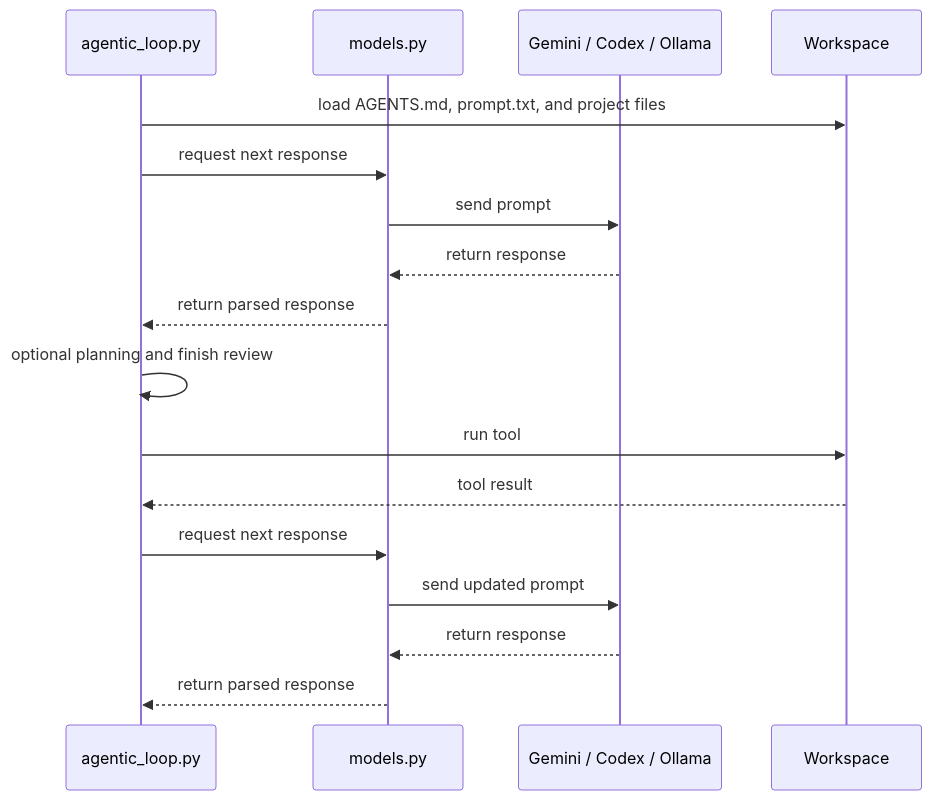
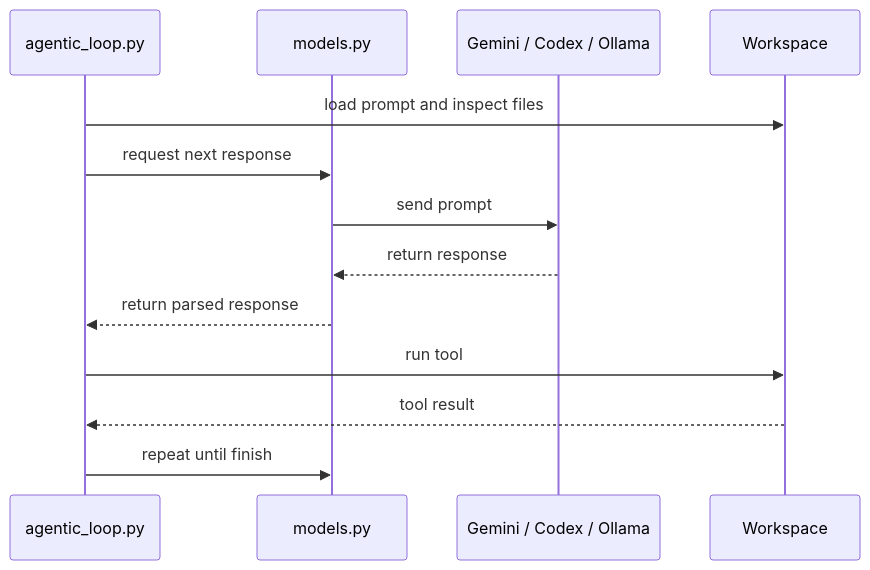
The second of 4 diagrams in README.md (mtov/minixx), drawn with Mermaid before and after one commit. The commit also changed other lines of this file, not shown here.

Commit message:
docs: simplify README architecture diagrams

````diff
--- a/README.md
+++ b/README.md
@@ -122,20 +122,16 @@
 ```mermaid
 sequenceDiagram
     participant AgentLoop as agentic_loop.py
     participant Models as models.py
     participant External as Gemini / Codex / Ollama
     participant Workspace
 
-    AgentLoop->>Workspace: load AGENTS.md, prompt.txt, and project files
+    AgentLoop->>Workspace: load prompt and inspect files
     AgentLoop->>Models: request next response
     Models->>External: send prompt
     External-->>Models: return response
     Models-->>AgentLoop: return parsed response
-    AgentLoop->>AgentLoop: optional planning and finish review
     AgentLoop->>Workspace: run tool
     Workspace-->>AgentLoop: tool result
-    AgentLoop->>Models: request next response
-    Models->>External: send updated prompt
-    External-->>Models: return response
-    Models-->>AgentLoop: return parsed response
+    AgentLoop->>Models: repeat until finish
 ```
````
